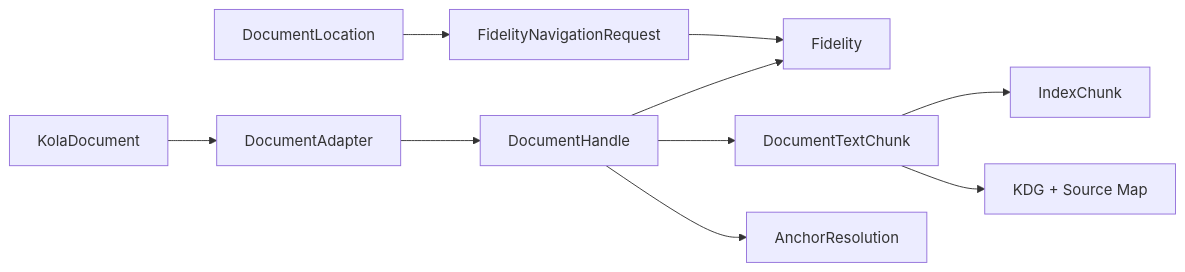
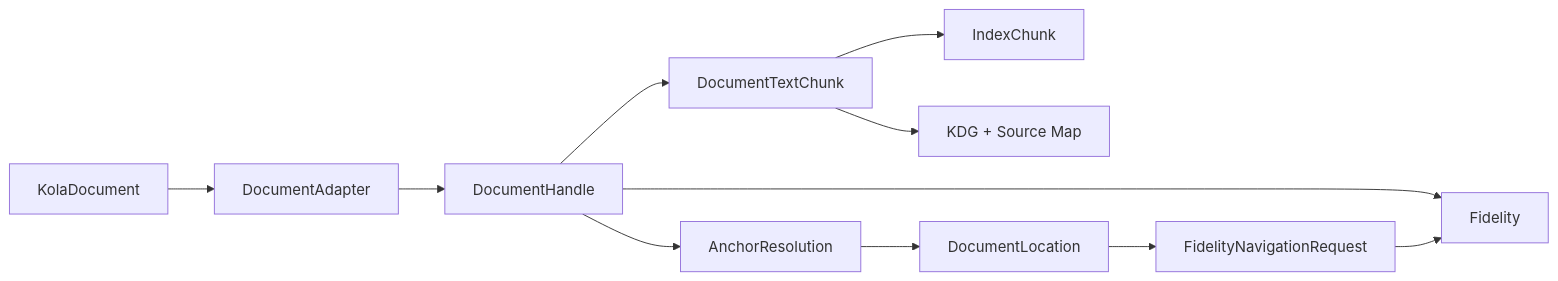
Before and after one commit to aaditya140103/kola: diagram 11 of 15 in docs/PROJECT_GRAPH.md, drawn with Mermaid. The commit also changed other lines of this file, not shown here.

Commit message:
Document resolved annotation navigation path

````diff
--- a/docs/PROJECT_GRAPH.md
+++ b/docs/PROJECT_GRAPH.md
@@ -208,10 +213,11 @@
 ```mermaid
 flowchart LR
     Doc[KolaDocument] --> Adapter[DocumentAdapter] --> Handle[DocumentHandle]
     Handle --> Fidelity[Fidelity]
     Handle --> Text[DocumentTextChunk]
     Text --> Index[IndexChunk]
     Text --> KDG[KDG + Source Map]
     Handle --> Resolve[AnchorResolution]
-    Location[DocumentLocation] --> Request[FidelityNavigationRequest] --> Fidelity
+    Resolve --> Location[DocumentLocation]
+    Location --> Request[FidelityNavigationRequest] --> Fidelity
 ```
````
